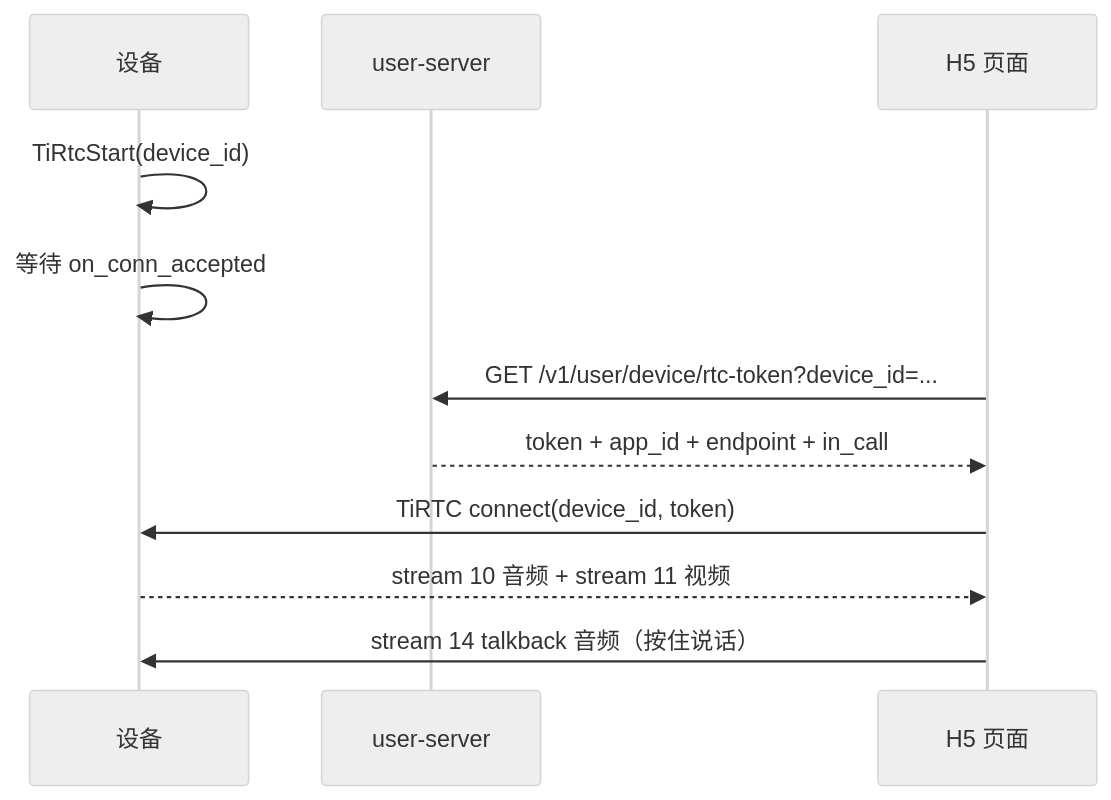
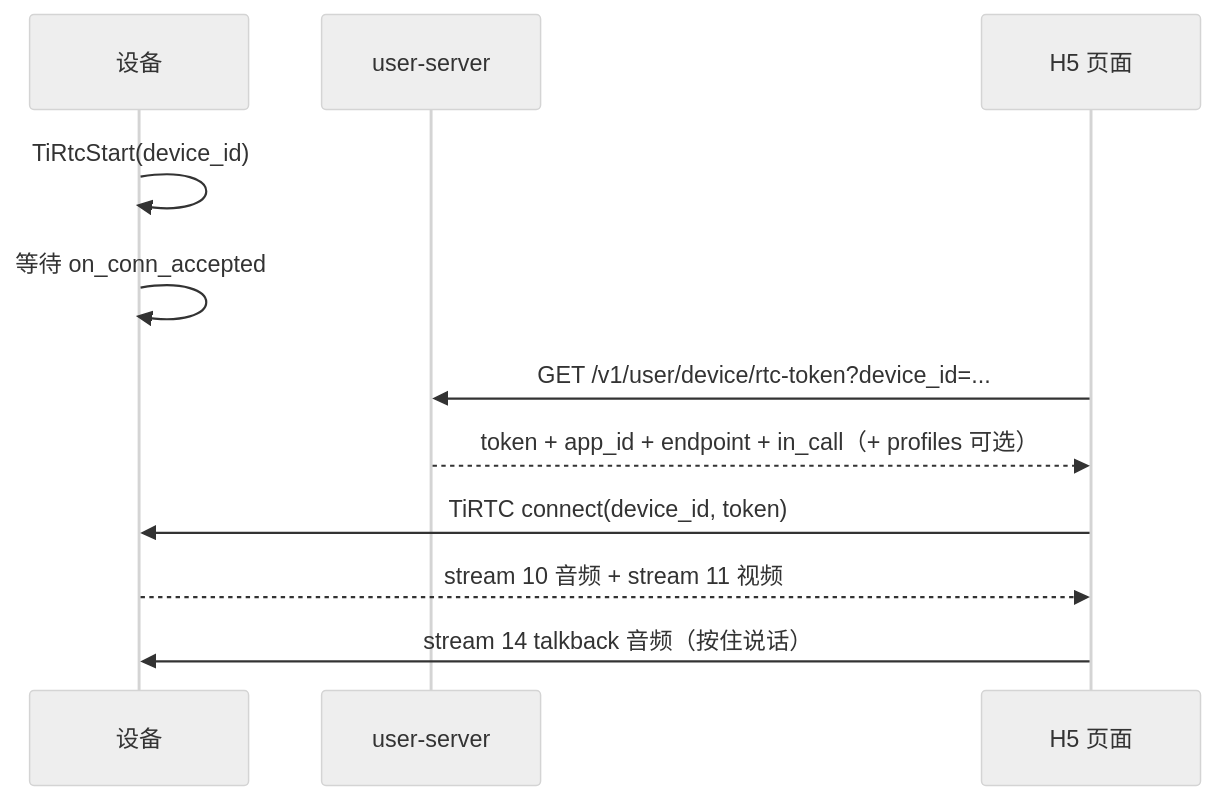
The diagram in thing-connect/device-h5-live.md (tangeai/tirtc-server-example), drawn with Mermaid (neutral theme) before and after one commit. The commit also changed other lines of this file and 18 other files, not shown here.

````diff
--- a/thing-connect/device-h5-live.md
+++ b/thing-connect/device-h5-live.md
@@ -78,16 +80,16 @@
 ```mermaid
 sequenceDiagram
     participant DEV as 设备
     participant US as user-server
     participant H5 as H5 页面
 
     DEV->>DEV: TiRtcStart(device_id)
     DEV->>DEV: 等待 on_conn_accepted
 
     H5->>US: GET /v1/user/device/rtc-token?device_id=...
-    US-->>H5: token + app_id + endpoint + in_call
+    US-->>H5: token + app_id + endpoint + in_call（+ profiles 可选）
     H5->>DEV: TiRTC connect(device_id, token)
 
     DEV-->>H5: stream 10 音频 + stream 11 视频
     H5->>DEV: stream 14 talkback 音频（按住说话）
 ```
````
